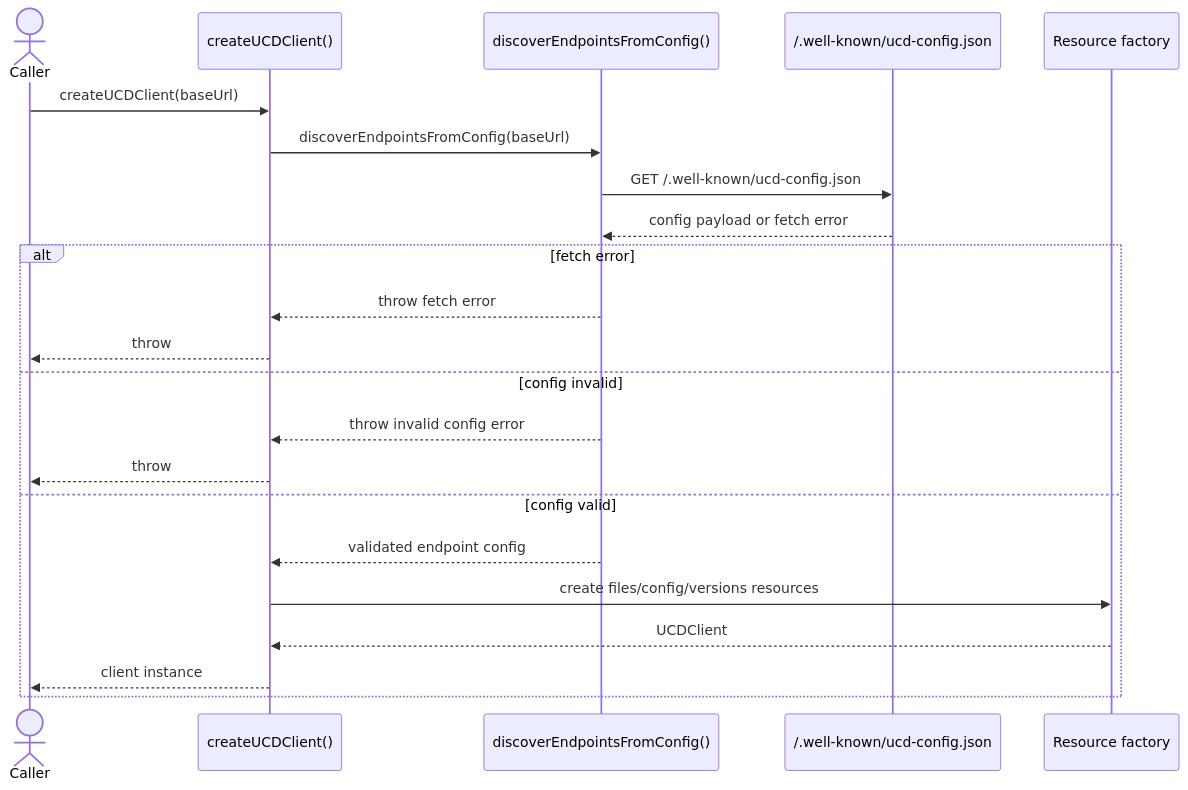
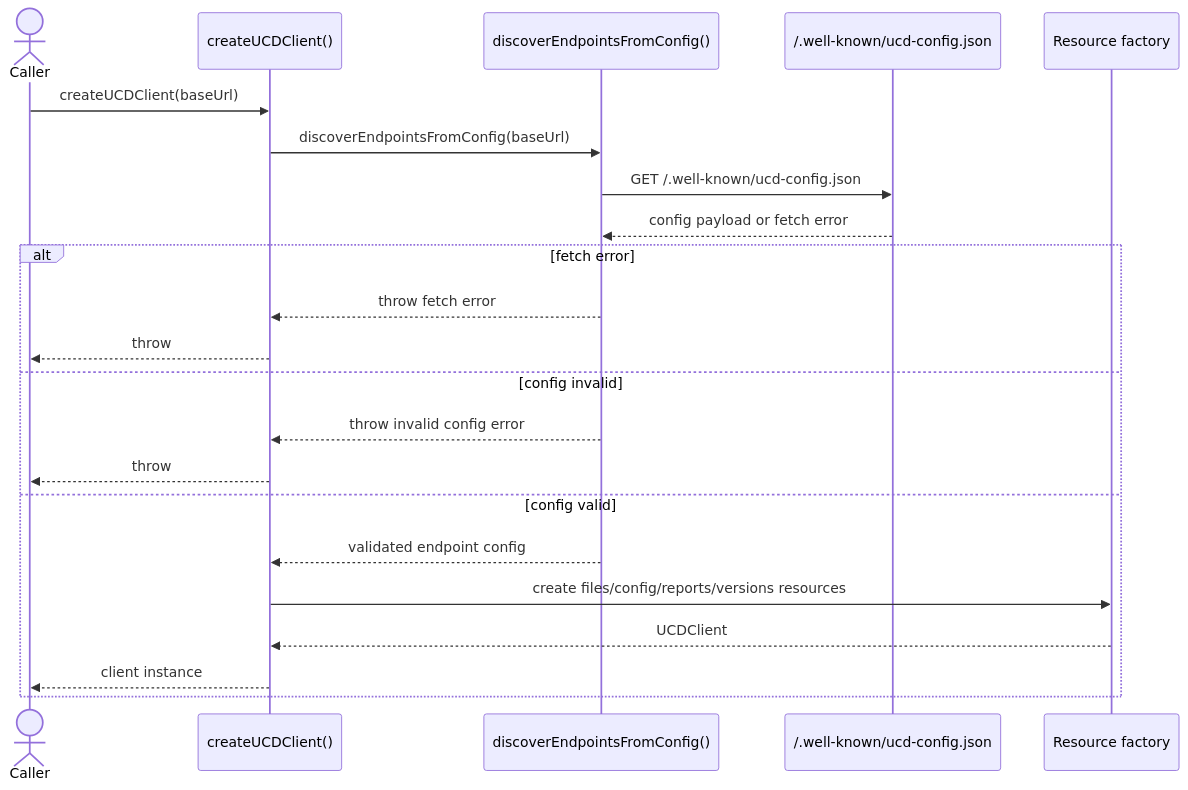
Before and after one commit to ucdjs/ucd: the first of 8 diagrams in apps/docs/content/architecture/packages/client.mdx, drawn with Mermaid. The commit also changed other lines of this file and 12 other files, not shown here.

Commit message:
feat(client): add reports resource support

````diff
--- a/apps/docs/content/architecture/packages/client.mdx
+++ b/apps/docs/content/architecture/packages/client.mdx
@@ -46,26 +47,26 @@
 ```mermaid
 sequenceDiagram
   actor Caller
   participant Client as createUCDClient()
   participant Disc as discoverEndpointsFromConfig()
   participant API as /.well-known/ucd-config.json
   participant Res as Resource factory
 
   Caller->>Client: createUCDClient(baseUrl)
   Client->>Disc: discoverEndpointsFromConfig(baseUrl)
   Disc->>API: GET /.well-known/ucd-config.json
   API-->>Disc: config payload or fetch error
 
   alt fetch error
     Disc-->>Client: throw fetch error
     Client-->>Caller: throw
   else config invalid
     Disc-->>Client: throw invalid config error
     Client-->>Caller: throw
   else config valid
     Disc-->>Client: validated endpoint config
-    Client->>Res: create files/config/versions resources
+    Client->>Res: create files/config/reports/versions resources
     Res-->>Client: UCDClient
     Client-->>Caller: client instance
   end
 ```
````
